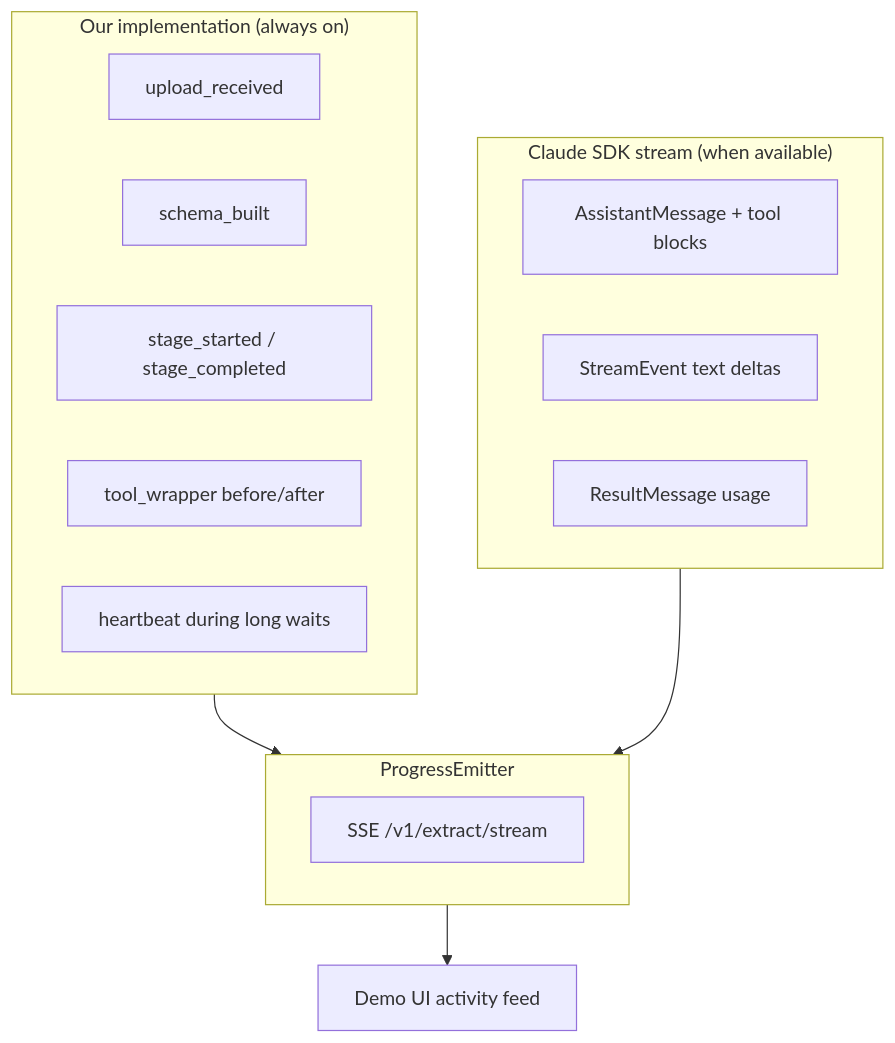
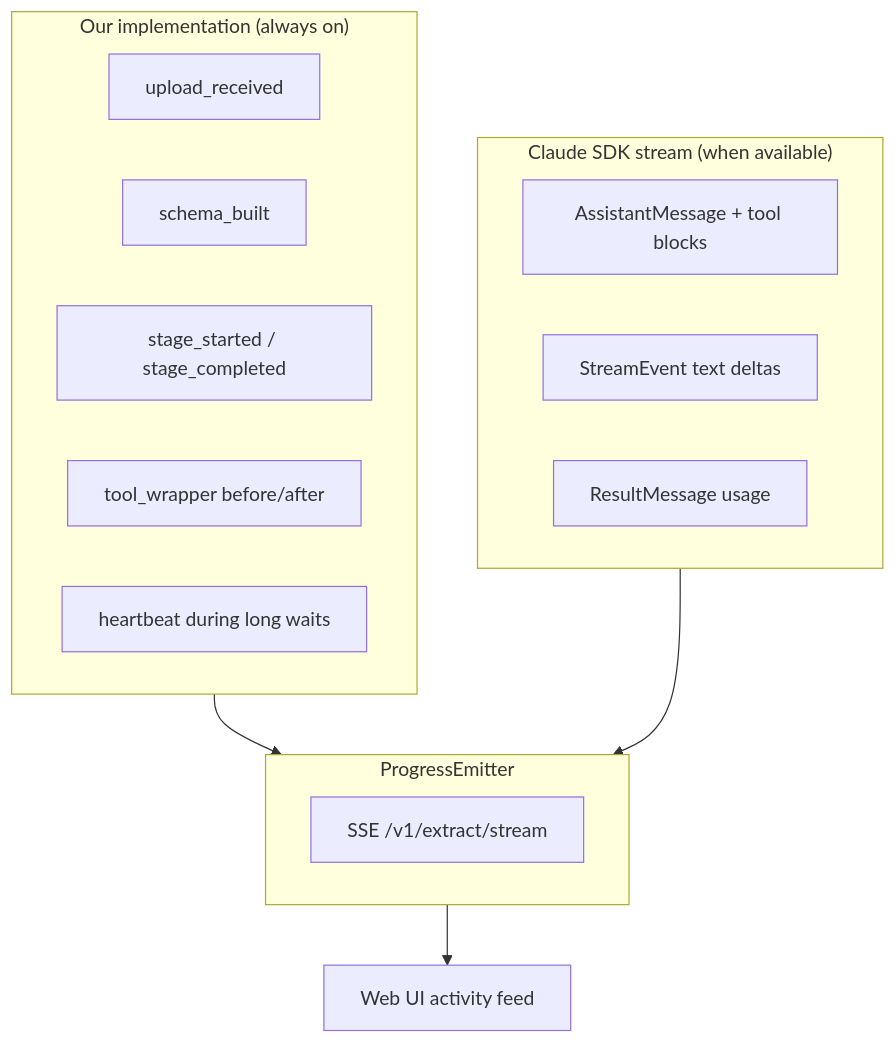
One commit to krunalvaghani/structured-doc-agent changed the third of 3 diagrams in SPEC.md. Above: the diagram before and after it, drawn with Mermaid. The commit also changed other lines of this file and 1 other file, not shown here.

First line of the commit message:
Rewrite architecture and spec as standalone product docs.

````diff
--- a/SPEC.md
+++ b/SPEC.md
@@ -463,21 +463,21 @@
 ```mermaid
 flowchart TD
   subgraph Pipeline["Our implementation (always on)"]
     P1[upload_received]
     P2[schema_built]
     P3[stage_started / stage_completed]
     P4[tool_wrapper before/after]
     P5[heartbeat during long waits]
   end
   subgraph Agent["Claude SDK stream (when available)"]
     A1[AssistantMessage + tool blocks]
     A2[StreamEvent text deltas]
     A3[ResultMessage usage]
   end
   subgraph Out["ProgressEmitter"]
     E[SSE /v1/extract/stream]
   end
   Pipeline --> Out
   Agent --> Out
-  Out --> UI[Demo UI activity feed]
+  Out --> UI[Web UI activity feed]
 ```
````
